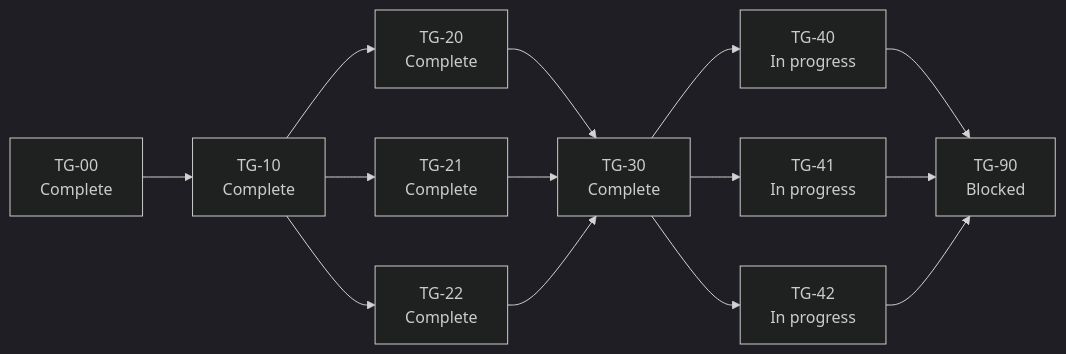
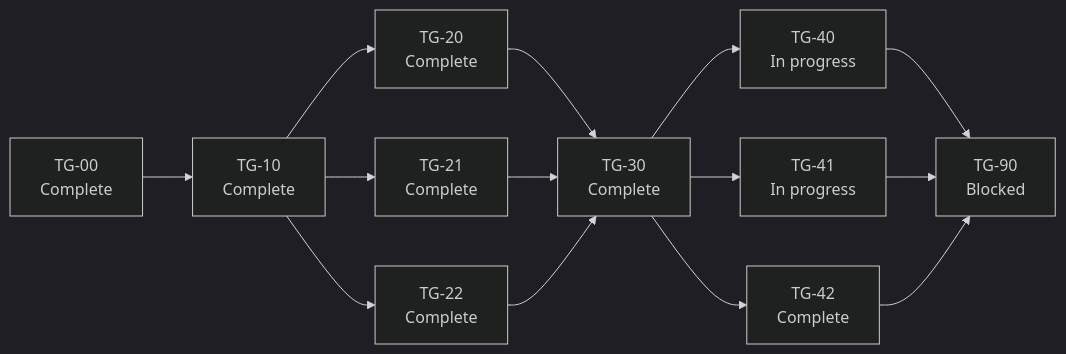
Before and after one commit to vatsalsaglani/rafu: the diagram in docs/plans/phases/terminal-groups/manifest.md, drawn with Mermaid (dark theme). The commit also changed other lines of this file, not shown here.

````diff
--- a/docs/plans/phases/terminal-groups/manifest.md
+++ b/docs/plans/phases/terminal-groups/manifest.md
@@ -9,27 +9,27 @@
 ```mermaid
 flowchart LR
     D["TG-00<br/>Complete"]
     C["TG-10<br/>Complete"]
     R["TG-20<br/>Complete"]
     V["TG-21<br/>Complete"]
     S["TG-22<br/>Complete"]
     W["TG-30<br/>Complete"]
     M["TG-40<br/>In progress"]
     K["TG-41<br/>In progress"]
-    A["TG-42<br/>In progress"]
+    A["TG-42<br/>Complete"]
     Q["TG-90<br/>Blocked"]
 
     D --> C
     C --> R
     C --> V
     C --> S
     R --> W
     V --> W
     S --> W
     W --> M
     W --> K
     W --> A
     M --> Q
     K --> Q
     A --> Q
 ```
````
